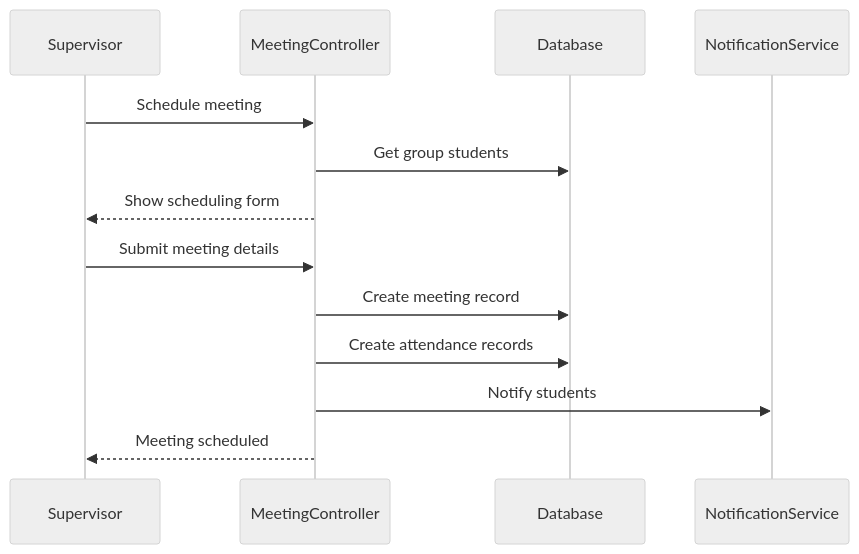
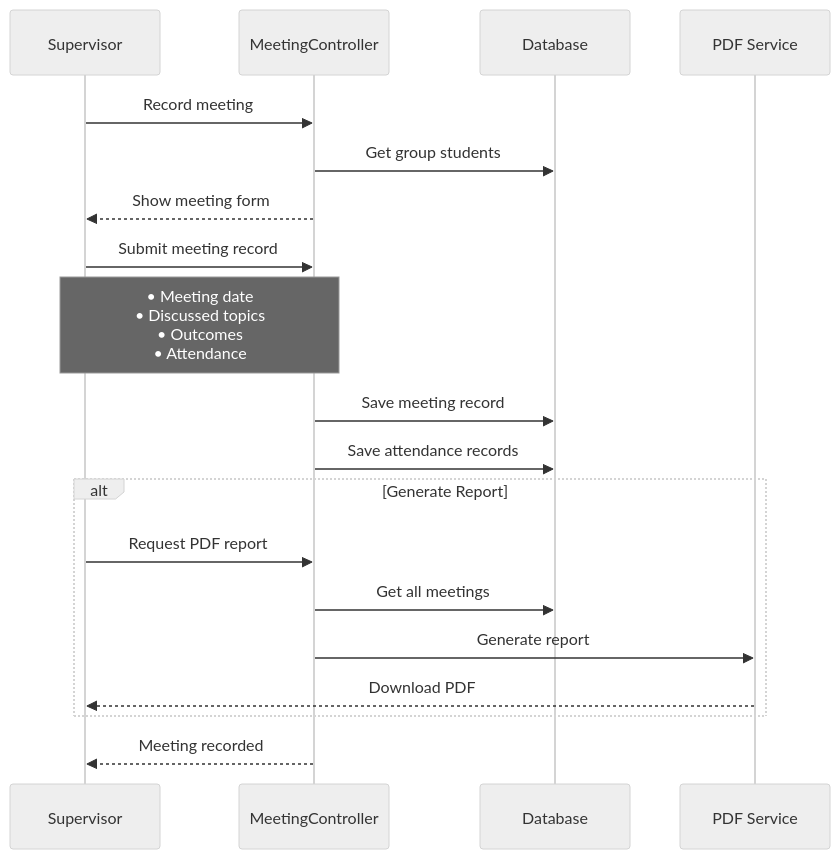
Before and after one commit to abdullah2323442/thesisrepo-backup: the eighth of 32 diagrams in sequence.md, drawn with Mermaid (neutral theme). The commit also changed other lines of this file, not shown here.

Commit message:
refactor(sequence-diagrams): Update meeting scheduling and supervisor assignment lottery sections for clarity and enhanced functionality

````diff
--- a/sequence.md
+++ b/sequence.md
@@ -176,16 +176,24 @@
 ```mermaid
 sequenceDiagram
     participant Su as Supervisor
     participant MC as MeetingController
     participant DB as Database
-    participant N as NotificationService
+    participant PDF as PDF Service
 
-    Su->>MC: Schedule meeting
+    Su->>MC: Record meeting
     MC->>DB: Get group students
-    MC-->>Su: Show scheduling form
-    Su->>MC: Submit meeting details
-    MC->>DB: Create meeting record
-    MC->>DB: Create attendance records
-    MC->>N: Notify students
-    MC-->>Su: Meeting scheduled
+    MC-->>Su: Show meeting form
+    Su->>MC: Submit meeting record
+    Note over Su,MC: • Meeting date<br/>• Discussed topics<br/>• Outcomes<br/>• Attendance
+    MC->>DB: Save meeting record
+    MC->>DB: Save attendance records
+    
+    alt Generate Report
+        Su->>MC: Request PDF report
+        MC->>DB: Get all meetings
+        MC->>PDF: Generate report
+        PDF-->>Su: Download PDF
+    end
+    
+    MC-->>Su: Meeting recorded
 ```
````
